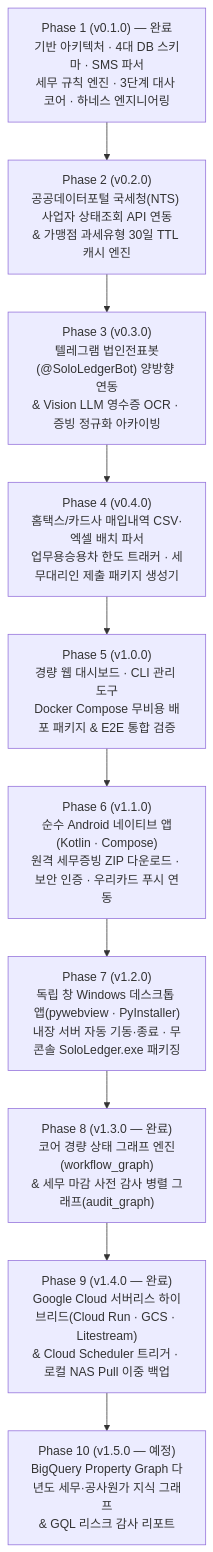
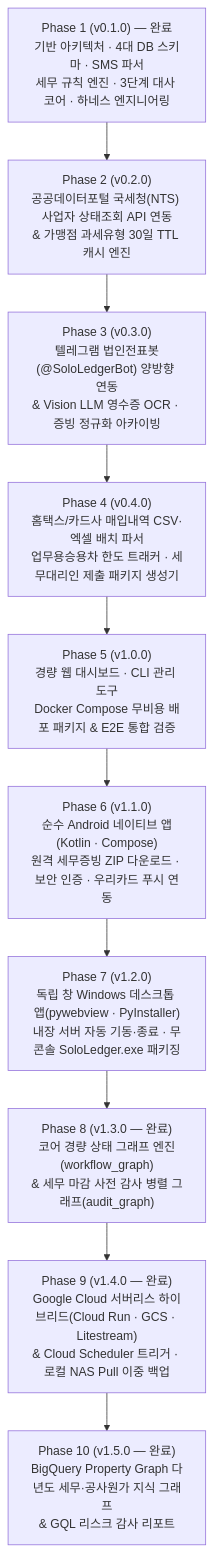
One commit to kiyoubeo/solo-ledger changed the diagram in docs/DEVELOPMENT_PLAN.md. Above: the diagram before and after it, drawn with Mermaid. The commit also changed other lines of this file and 17 other files, not shown here.

Commit message:
[feat] Phase 10(v1.5.0) BigQuery Property Graph 다년도 세무·공사원가 지식 그래프 적재기 및 GQL 분석 구현

````diff
--- a/docs/DEVELOPMENT_PLAN.md
+++ b/docs/DEVELOPMENT_PLAN.md
@@ -23,15 +23,15 @@
 ```mermaid
 flowchart TD
     P1["Phase 1 (v0.1.0) — 완료\n기반 아키텍처 · 4대 DB 스키마 · SMS 파서\n세무 규칙 엔진 · 3단계 대사 코어 · 하네스 엔지니어링"]
     P2["Phase 2 (v0.2.0)\n공공데이터포털 국세청(NTS) 사업자 상태조회 API 연동\n& 가맹점 과세유형 30일 TTL 캐시 엔진"]
     P3["Phase 3 (v0.3.0)\n텔레그램 법인전표봇(@SoloLedgerBot) 양방향 연동\n& Vision LLM 영수증 OCR · 증빙 정규화 아카이빙"]
     P4["Phase 4 (v0.4.0)\n홈택스/카드사 매입내역 CSV·엑셀 배치 파서\n업무용승용차 한도 트래커 · 세무대리인 제출 패키지 생성기"]
     P5["Phase 5 (v1.0.0)\n경량 웹 대시보드 · CLI 관리 도구\nDocker Compose 무비용 배포 패키지 & E2E 통합 검증"]
     P6["Phase 6 (v1.1.0)\n순수 Android 네이티브 앱(Kotlin · Compose)\n원격 세무증빙 ZIP 다운로드 · 보안 인증 · 우리카드 푸시 연동"]
     P7["Phase 7 (v1.2.0)\n독립 창 Windows 데스크톱 앱(pywebview · PyInstaller)\n내장 서버 자동 기동·종료 · 무콘솔 SoloLedger.exe 패키징"]
     P8["Phase 8 (v1.3.0 — 완료)\n코어 경량 상태 그래프 엔진(workflow_graph)\n& 세무 마감 사전 감사 병렬 그래프(audit_graph)"]
     P9["Phase 9 (v1.4.0 — 완료)\nGoogle Cloud 서버리스 하이브리드(Cloud Run · GCS · Litestream)\n& Cloud Scheduler 트리거 · 로컬 NAS Pull 이중 백업"]
-    P10["Phase 10 (v1.5.0 — 예정)\nBigQuery Property Graph 다년도 세무·공사원가 지식 그래프\n& GQL 리스크 감사 리포트"]
+    P10["Phase 10 (v1.5.0 — 완료)\nBigQuery Property Graph 다년도 세무·공사원가 지식 그래프\n& GQL 리스크 감사 리포트"]
 
     P1 --> P2 --> P3 --> P4 --> P5 --> P6 --> P7 --> P8 --> P9 --> P10
 ```
````
